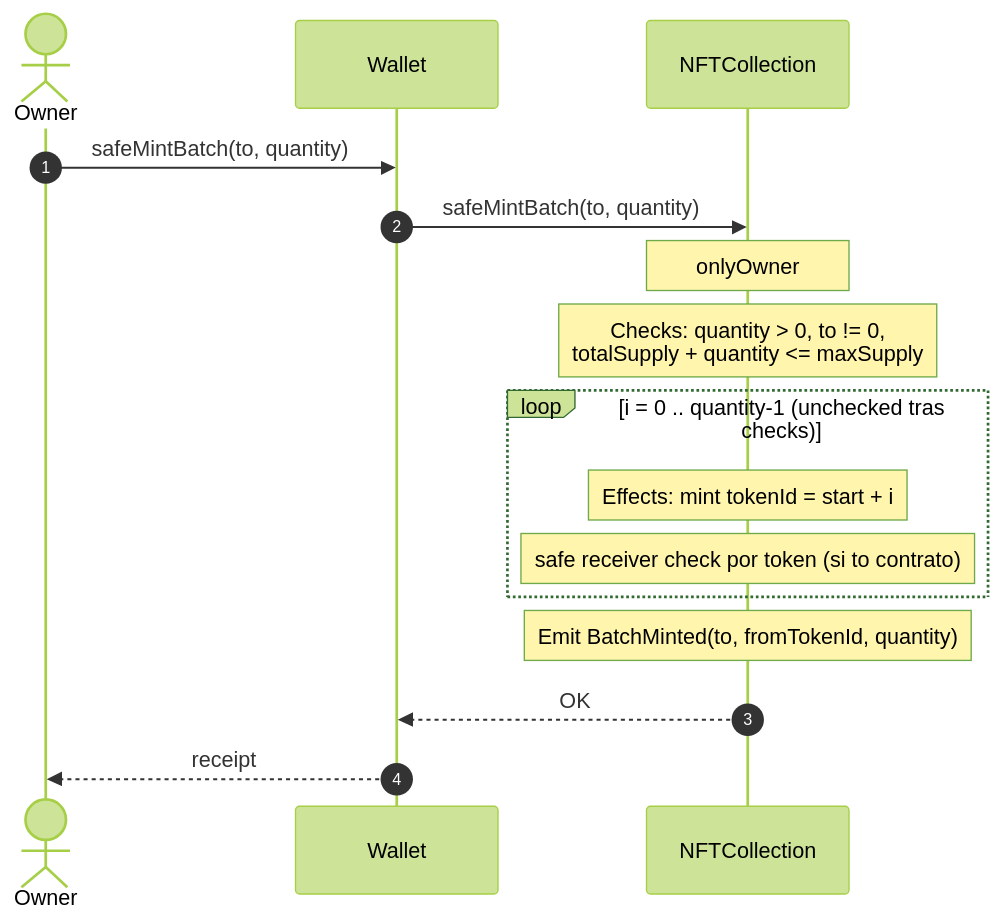
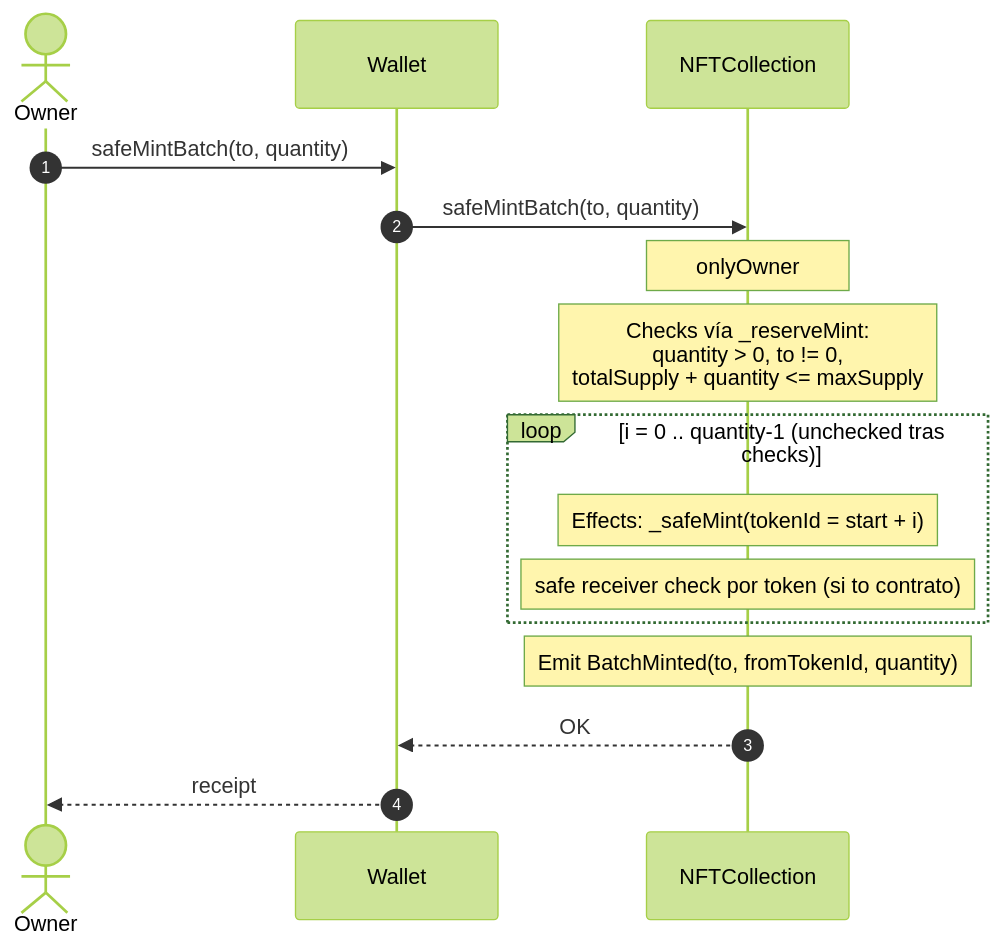
Before and after one commit to rastrahm/erc721: the second of 10 diagrams in doc/02-diagrama-flujo.md, drawn with Mermaid (forest theme). The commit also changed other lines of this file and 10 other files, not shown here.

````diff
--- a/doc/02-diagrama-flujo.md
+++ b/doc/02-diagrama-flujo.md
@@ -40,19 +41,19 @@
 ```mermaid
 sequenceDiagram
     autonumber
     actor O as Owner
     participant W as Wallet
     participant N as NFTCollection
 
     O->>W: safeMintBatch(to, quantity)
     W->>N: safeMintBatch(to, quantity)
     Note over N: onlyOwner
-    Note over N: Checks: quantity > 0, to != 0,<br/>totalSupply + quantity <= maxSupply
+    Note over N: Checks vía _reserveMint:<br/>quantity > 0, to != 0,<br/>totalSupply + quantity <= maxSupply
     loop i = 0 .. quantity-1 (unchecked tras checks)
-        Note over N: Effects: mint tokenId = start + i
+        Note over N: Effects: _safeMint(tokenId = start + i)
         Note over N: safe receiver check por token (si to contrato)
     end
     Note over N: Emit BatchMinted(to, fromTokenId, quantity)
     N-->>W: OK
     W-->>O: receipt
 ```
````
